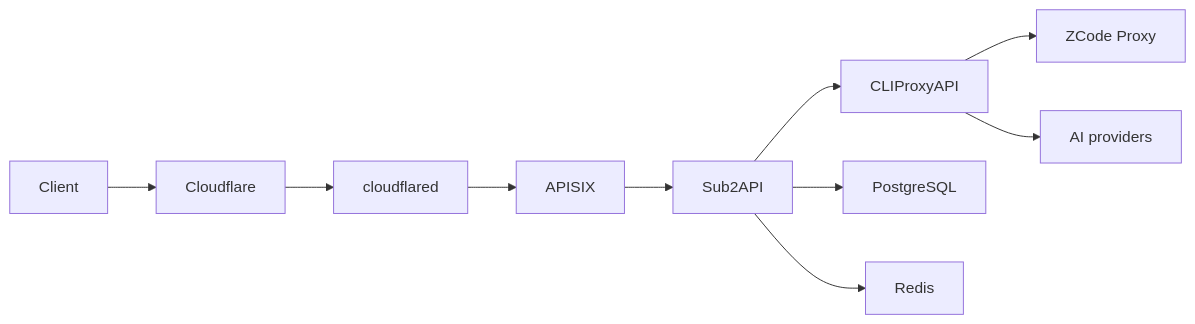
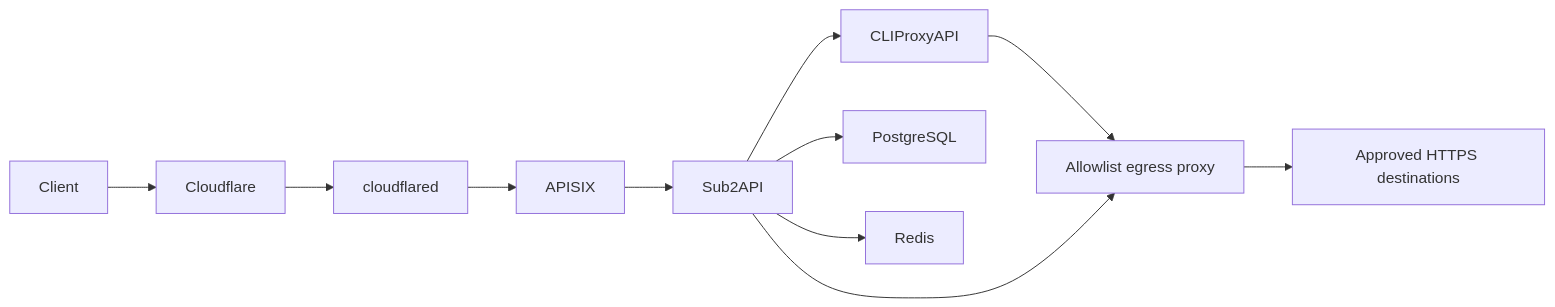
One commit to xz-dev/AI-gateway changed the diagram in README.md. Above: the diagram before and after it, drawn with Mermaid. The commit also changed other lines of this file and 20 other files, not shown here.

````diff
--- a/README.md
+++ b/README.md
@@ -7,12 +7,13 @@
 ```mermaid
 flowchart LR
   Client --> Cloudflare
   Cloudflare --> cloudflared
   cloudflared --> APISIX
   APISIX --> Sub2API
   Sub2API --> CPA[CLIProxyAPI]
   Sub2API --> PostgreSQL
   Sub2API --> Redis
-  CPA --> ZCode[ZCode Proxy]
-  CPA --> Providers[AI providers]
+  CPA --> Proxy[Allowlist egress proxy]
+  Sub2API --> Proxy
+  Proxy --> Providers[Approved HTTPS destinations]
 ```
````
